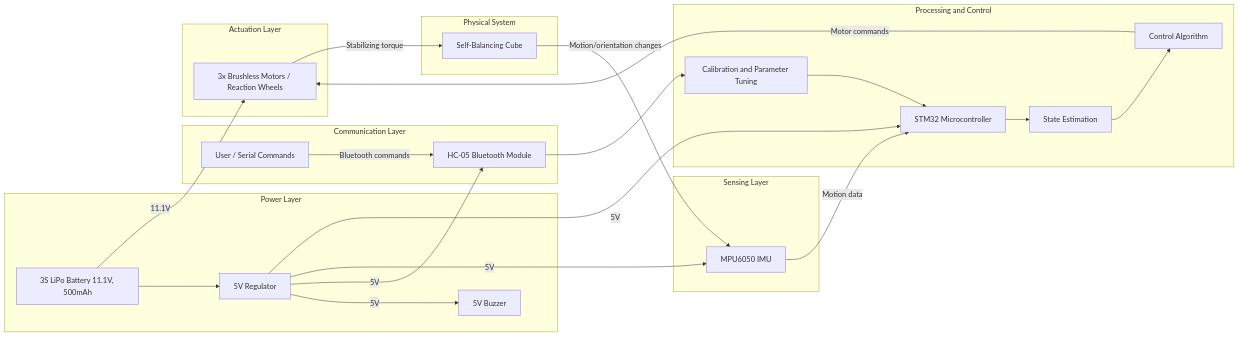
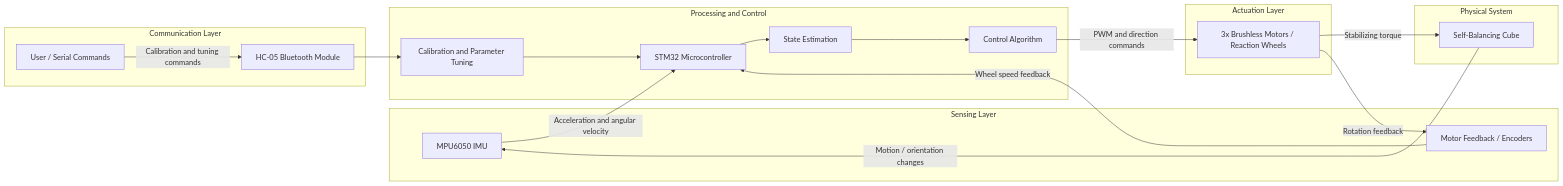
One commit to UPB-PMRust/website changed the diagram in website/versioned_docs/version-acs_cc/project/2026/ana_maria.lupu1304/index.md. Above: the diagram before and after it, drawn with Mermaid. The commit also changed other lines of this file, not shown here.

````diff
--- a/website/versioned_docs/version-acs_cc/project/2026/ana_maria.lupu1304/index.md
+++ b/website/versioned_docs/version-acs_cc/project/2026/ana_maria.lupu1304/index.md
@@ -46,51 +43,44 @@
 ```mermaid
 flowchart LR
-    subgraph PWR["Power Layer"]
-        BATT["3S LiPo Battery 11.1V, 500mAh"]
-        REG["5V Regulator"]
-        BUZ["5V Buzzer"]
-    end
-
     subgraph SENS["Sensing Layer"]
         IMU["MPU6050 IMU"]
+        ENC["Motor Feedback / Encoders"]
     end
 
     subgraph PROC["Processing and Control"]
         STM["STM32 Microcontroller"]
         STATE["State Estimation"]
         CTRL["Control Algorithm"]
         CAL["Calibration and Parameter Tuning"]
     end
 
     subgraph COMM["Communication Layer"]
         BT["HC-05 Bluetooth Module"]
         USER["User / Serial Commands"]
     end
 
     subgraph ACT["Actuation Layer"]
         MOT["3x Brushless Motors / Reaction Wheels"]
     end
 
     subgraph PHY["Physical System"]
         CUBE["Self-Balancing Cube"]
     end
 
-    IMU -->|Motion data| STM
+    IMU -->|Acceleration and angular velocity| STM
+    ENC -->|Wheel speed feedback| STM
+
     STM --> STATE
     STATE --> CTRL
-    CTRL -->|Motor commands| MOT
+    CTRL -->|PWM and direction commands| MOT
+
     MOT -->|Stabilizing torque| CUBE
-    CUBE -->|Motion/orientation changes| IMU
+    CUBE -->|Motion / orientation changes| IMU
 
-    USER -->|Bluetooth commands| BT
+    MOT -->|Rotation feedback| ENC
+
+    USER -->|Calibration and tuning commands| BT
     BT --> CAL
     CAL --> STM
 
-    BATT -->|11.1V| MOT
-    BATT --> REG
-    REG -->|5V| STM
-    REG -->|5V| IMU
-    REG -->|5V| BT
-    REG -->|5V| BUZ
-
 ```
````
